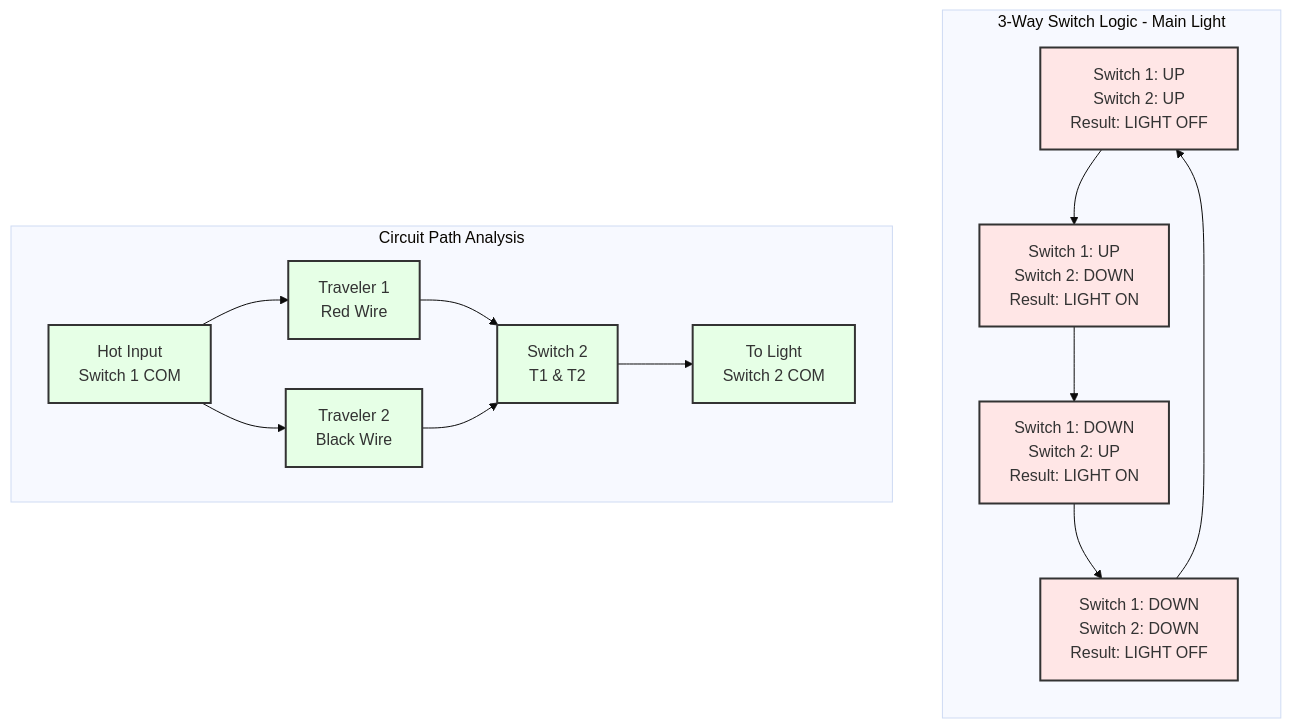
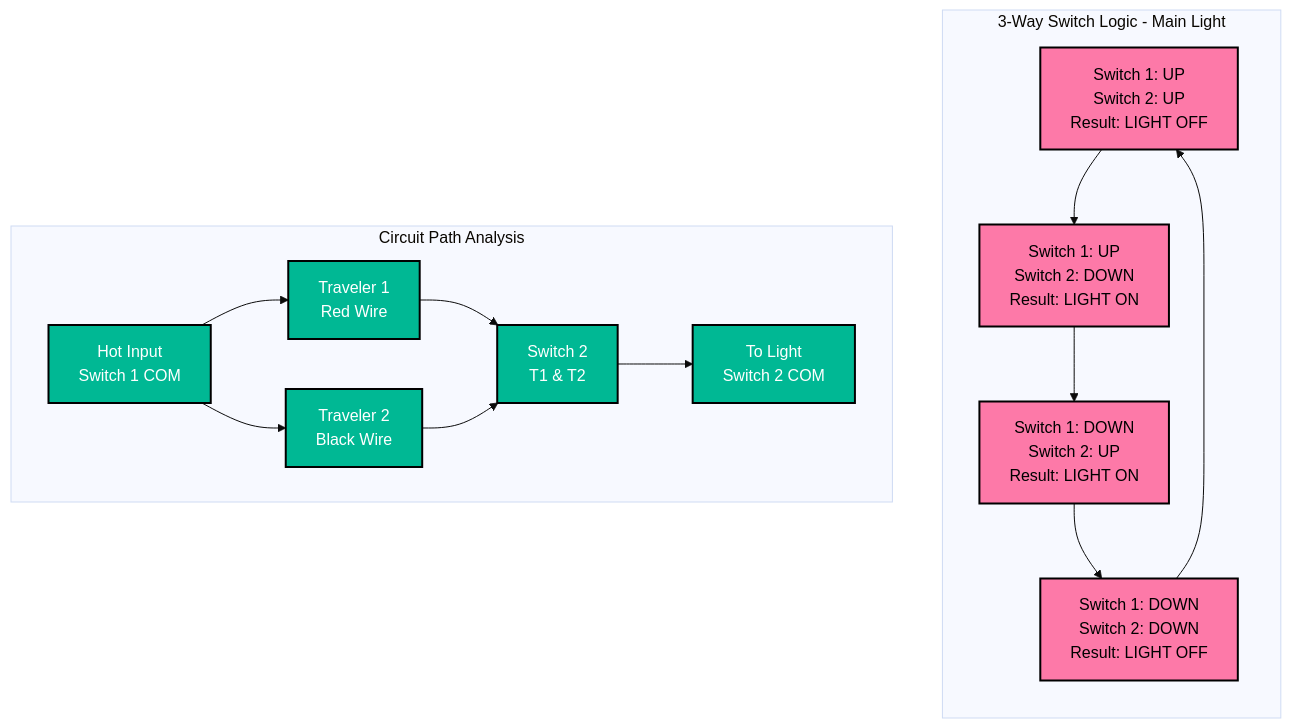
Before and after one commit to ticklemycode/electrical-wiring: the fifth of 7 diagrams in diagrams/mermaid-wiring-diagram.md, drawn with Mermaid (base theme). The commit also changed other lines of this file, not shown here.

Commit message:
Mermaid diagram style updates

````diff
--- a/diagrams/mermaid-wiring-diagram.md
+++ b/diagrams/mermaid-wiring-diagram.md
@@ -205,38 +205,38 @@
 ```mermaid
 flowchart TD
     subgraph "3-Way Switch Logic - Main Light"
         direction TB
         
         STATE1[Switch 1: UP<br/>Switch 2: UP<br/>Result: LIGHT OFF]
         STATE2[Switch 1: UP<br/>Switch 2: DOWN<br/>Result: LIGHT ON]
         STATE3[Switch 1: DOWN<br/>Switch 2: UP<br/>Result: LIGHT ON]
         STATE4[Switch 1: DOWN<br/>Switch 2: DOWN<br/>Result: LIGHT OFF]
         
         STATE1 --> STATE2
         STATE2 --> STATE3
         STATE3 --> STATE4
         STATE4 --> STATE1
     end
     
     subgraph "Circuit Path Analysis"
         direction LR
         
         HOT_IN[Hot Input<br/>Switch 1 COM]
         TRAV1[Traveler 1<br/>Red Wire]
         TRAV2[Traveler 2<br/>Black Wire]
         SWITCH2[Switch 2<br/>T1 & T2]
         LIGHT_OUT[To Light<br/>Switch 2 COM]
         
         HOT_IN --> TRAV1
         HOT_IN --> TRAV2
         TRAV1 --> SWITCH2
         TRAV2 --> SWITCH2
         SWITCH2 --> LIGHT_OUT
     end
     
-    classDef stateStyle fill:#ffe6e6,stroke:#333,stroke-width:2px
-    classDef pathStyle fill:#e6ffe6,stroke:#333,stroke-width:2px
+    classDef stateStyle fill:#fd79a8,stroke:#000,stroke-width:2px,color:#000
+    classDef pathStyle fill:#00b894,stroke:#000,stroke-width:2px,color:#fff
     
     class STATE1,STATE2,STATE3,STATE4 stateStyle
     class HOT_IN,TRAV1,TRAV2,SWITCH2,LIGHT_OUT pathStyle
 ```
````
